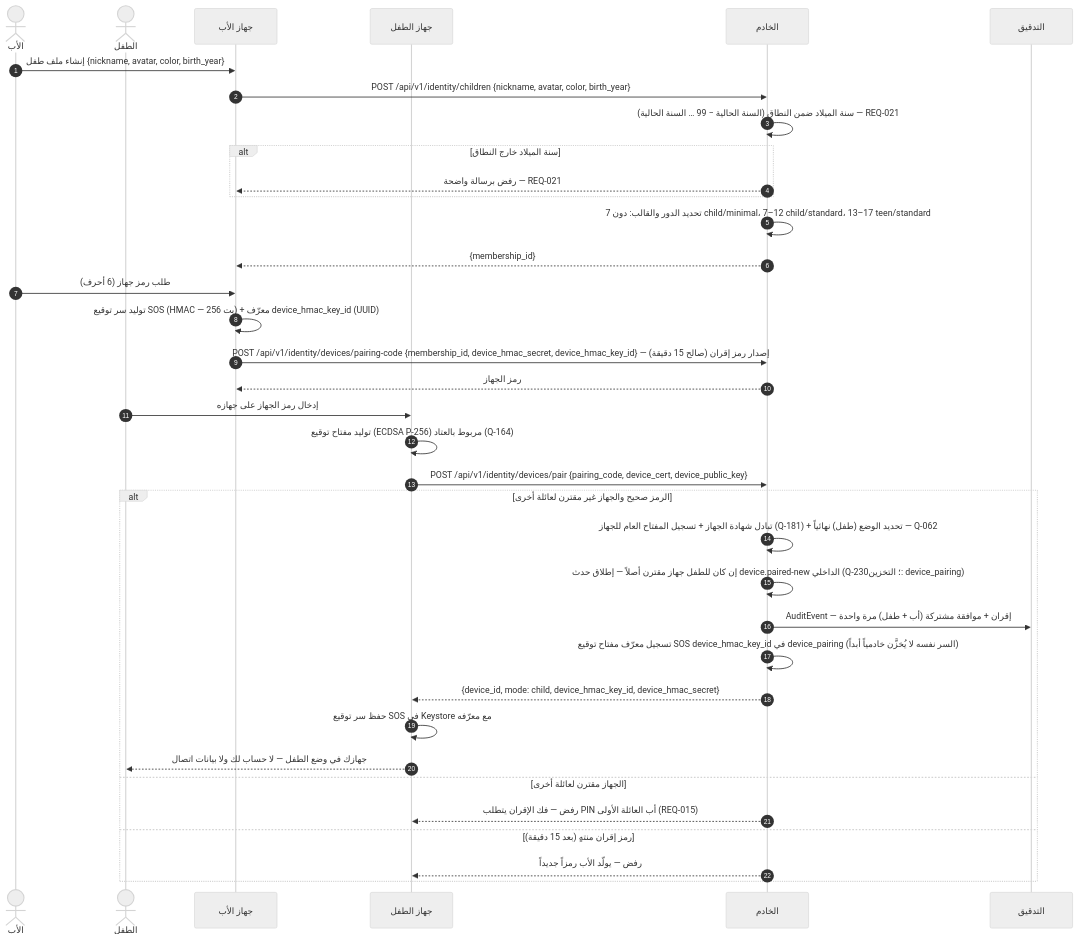
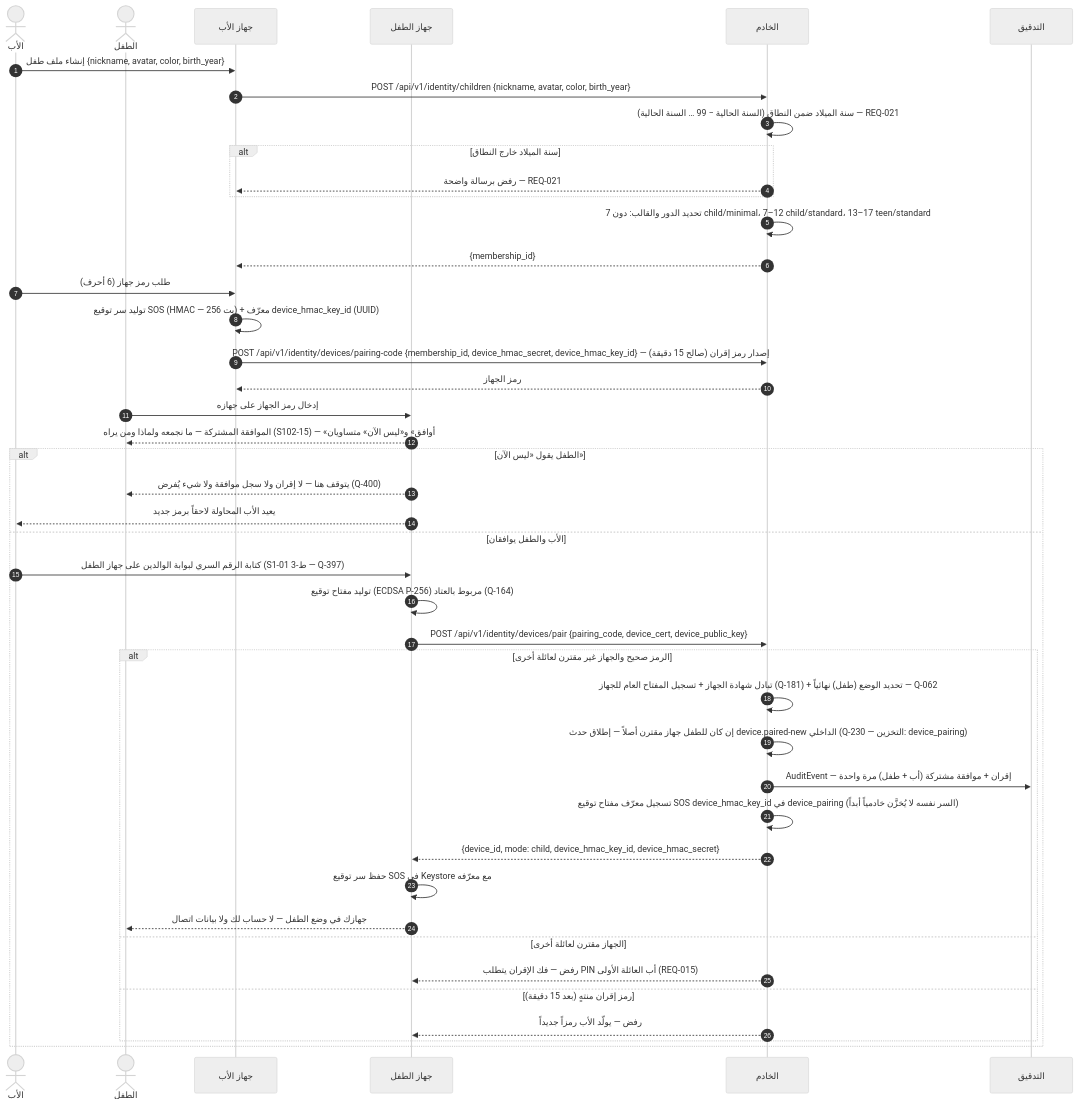
The sixth of 15 diagrams in docs/family-os/governance/phases/phase-1/S1-02-identity-and-onboarding/DIAGRAMS.md (Bassam-mohammed-alqaeadi/family-os-v2), drawn with Mermaid (neutral theme) before and after one commit. The commit also changed other lines of this file and 13 other files, not shown here.

````diff
--- a/docs/family-os/governance/phases/phase-1/S1-02-identity-and-onboarding/DIAGRAMS.md
+++ b/docs/family-os/governance/phases/phase-1/S1-02-identity-and-onboarding/DIAGRAMS.md
@@ -357,38 +372,45 @@
 ```mermaid
 sequenceDiagram
     autonumber
     actor Father as الأب
     actor Child as الطفل
     participant ParentApp as جهاز الأب
     participant ChildApp as جهاز الطفل
     participant Ktor as الخادم
     participant Audit as التدقيق
     Father->>ParentApp: إنشاء ملف طفل {nickname, avatar, color, birth_year}
     ParentApp->>Ktor: POST /api/v1/identity/children {nickname, avatar, color, birth_year}
     Ktor->>Ktor: سنة الميلاد ضمن النطاق (السنة الحالية − 99 … السنة الحالية) — REQ-021
     alt سنة الميلاد خارج النطاق
         Ktor-->>ParentApp: رفض برسالة واضحة — REQ-021
     end
     Ktor->>Ktor: تحديد الدور والقالب: دون 7 child/minimal، 7–12 child/standard، 13–17 teen/standard
     Ktor-->>ParentApp: {membership_id}
     Father->>ParentApp: طلب رمز جهاز (6 أحرف)
     ParentApp->>ParentApp: توليد سر توقيع SOS (HMAC — 256 بت) + معرّف device_hmac_key_id (UUID)
     ParentApp->>Ktor: POST /api/v1/identity/devices/pairing-code {membership_id, device_hmac_secret, device_hmac_key_id} — إصدار رمز إقران (صالح 15 دقيقة)
     Ktor-->>ParentApp: رمز الجهاز
     Child->>ChildApp: إدخال رمز الجهاز على جهازه
-    ChildApp->>ChildApp: توليد مفتاح توقيع (ECDSA P-256) مربوط بالعتاد (Q-164)
-    ChildApp->>Ktor: POST /api/v1/identity/devices/pair {pairing_code, device_cert, device_public_key}
-    alt الرمز صحيح والجهاز غير مقترن لعائلة أخرى
-        Ktor->>Ktor: تبادل شهادة الجهاز + تسجيل المفتاح العام للجهاز (Q-181) + تحديد الوضع (طفل) نهائياً — Q-062
-        Ktor->>Ktor: إن كان للطفل جهاز مقترن أصلاً — إطلاق حدث device.paired-new الداخلي (Q-230؛ التخزين: device_pairing)
-        Ktor->>Audit: AuditEvent — إقران + موافقة مشتركة (أب + طفل) مرة واحدة
-        Ktor->>Ktor: تسجيل معرّف مفتاح توقيع SOS device_hmac_key_id في device_pairing (السر نفسه لا يُخزَّن خادمياً أبداً)
-        Ktor-->>ChildApp: {device_id, mode: child, device_hmac_key_id, device_hmac_secret}
-        ChildApp->>ChildApp: حفظ سر توقيع SOS في Keystore مع معرّفه
-        ChildApp-->>Child: جهازك في وضع الطفل — لا حساب لك ولا بيانات اتصال
-    else الجهاز مقترن لعائلة أخرى
-        Ktor-->>ChildApp: رفض — فك الإقران يتطلب PIN أب العائلة الأولى (REQ-015)
-    else رمز إقران منتهٍ (بعد 15 دقيقة)
-        Ktor-->>ChildApp: رفض — يولّد الأب رمزاً جديداً
+    ChildApp-->>Child: الموافقة المشتركة — ما نجمعه ولماذا ومن يراه (S102-15) — «أوافق» و«ليس الآن» متساويان
+    alt الطفل يقول «ليس الآن»
+        ChildApp-->>Child: يتوقف هنا — لا إقران ولا سجل موافقة ولا شيء يُفرض (Q-400)
+        ChildApp-->>Father: يعيد الأب المحاولة لاحقاً برمز جديد
+    else الأب والطفل يوافقان
+        Father->>ChildApp: كتابة الرقم السري لبوابة الوالدين على جهاز الطفل (S1-01 3-ط — Q-397)
+        ChildApp->>ChildApp: توليد مفتاح توقيع (ECDSA P-256) مربوط بالعتاد (Q-164)
+        ChildApp->>Ktor: POST /api/v1/identity/devices/pair {pairing_code, device_cert, device_public_key}
+        alt الرمز صحيح والجهاز غير مقترن لعائلة أخرى
+            Ktor->>Ktor: تبادل شهادة الجهاز + تسجيل المفتاح العام للجهاز (Q-181) + تحديد الوضع (طفل) نهائياً — Q-062
+            Ktor->>Ktor: إن كان للطفل جهاز مقترن أصلاً — إطلاق حدث device.paired-new الداخلي (Q-230 — التخزين: device_pairing)
+            Ktor->>Audit: AuditEvent — إقران + موافقة مشتركة (أب + طفل) مرة واحدة
+            Ktor->>Ktor: تسجيل معرّف مفتاح توقيع SOS device_hmac_key_id في device_pairing (السر نفسه لا يُخزَّن خادمياً أبداً)
+            Ktor-->>ChildApp: {device_id, mode: child, device_hmac_key_id, device_hmac_secret}
+            ChildApp->>ChildApp: حفظ سر توقيع SOS في Keystore مع معرّفه
+            ChildApp-->>Child: جهازك في وضع الطفل — لا حساب لك ولا بيانات اتصال
+        else الجهاز مقترن لعائلة أخرى
+            Ktor-->>ChildApp: رفض — فك الإقران يتطلب PIN أب العائلة الأولى (REQ-015)
+        else رمز إقران منتهٍ (بعد 15 دقيقة)
+            Ktor-->>ChildApp: رفض — يولّد الأب رمزاً جديداً
+        end
     end
 ```
````
